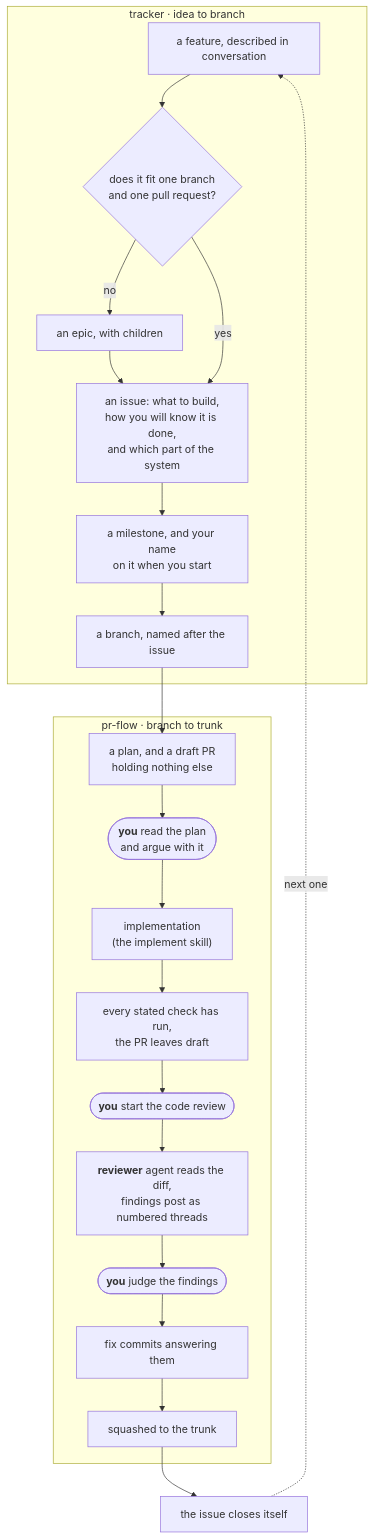
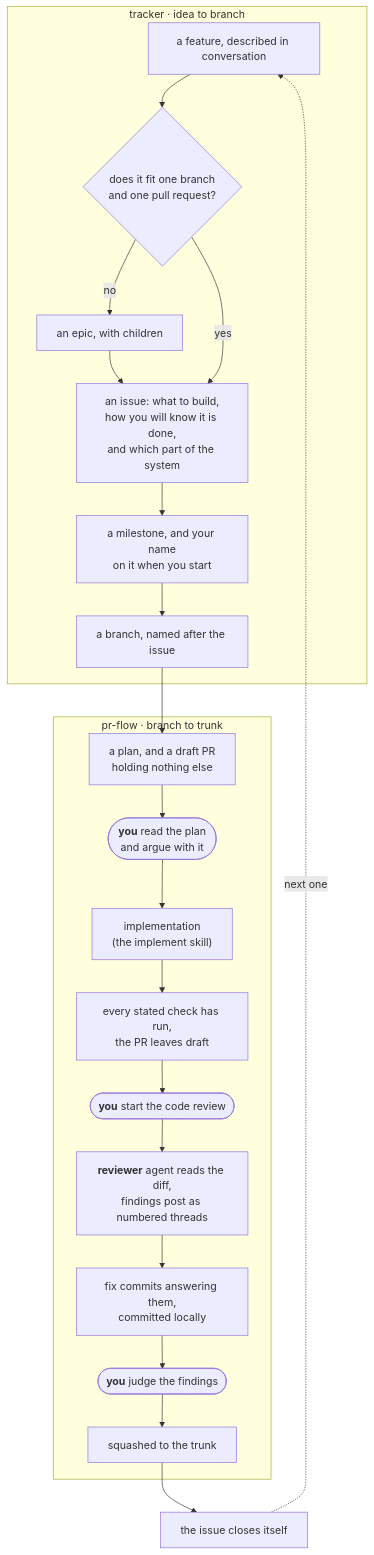
The diagram in plugins/gh-solo/skills/tracker/README.md (izkreny/agentifico), drawn with Mermaid before and after one commit. The commit also changed other lines of this file and 46 other files, not shown here.

````diff
--- a/plugins/gh-solo/skills/tracker/README.md
+++ b/plugins/gh-solo/skills/tracker/README.md
@@ -26,26 +26,26 @@
 ```mermaid
 flowchart TD
     subgraph tracker["tracker · idea to branch"]
         A["a feature, described in conversation"] --> B{"does it fit one branch<br/>and one pull request?"}
         B -->|"no"| C["an epic, with children"]
         C --> D["an issue: what to build,<br/>how you will know it is done,<br/>and which part of the system"]
         B -->|"yes"| D
         D --> E["a milestone, and your name<br/>on it when you start"]
         E --> F["a branch, named after the issue"]
     end
 
     subgraph prflow["pr-flow · branch to trunk"]
         F --> G["a plan, and a draft PR<br/>holding nothing else"]
         G --> STOP(["<b>you</b> read the plan<br/>and argue with it"])
         STOP --> H["implementation<br/>(the implement skill)"]
         H --> I["every stated check has run,<br/>the PR leaves draft"]
         I --> J(["<b>you</b> start the code review"])
         J --> K["<b>reviewer</b> agent reads the diff,<br/>findings post as numbered threads"]
-        K --> K2(["<b>you</b> judge the findings"])
-        K2 --> L["fix commits answering them"]
-        L --> M["squashed to the trunk"]
+        K --> L["fix commits answering them,<br/>committed locally"]
+        L --> K2(["<b>you</b> judge the findings"])
+        K2 --> M["squashed to the trunk"]
     end
 
     M --> N["the issue closes itself"]
     N -.->|"next one"| A
 ```
````
